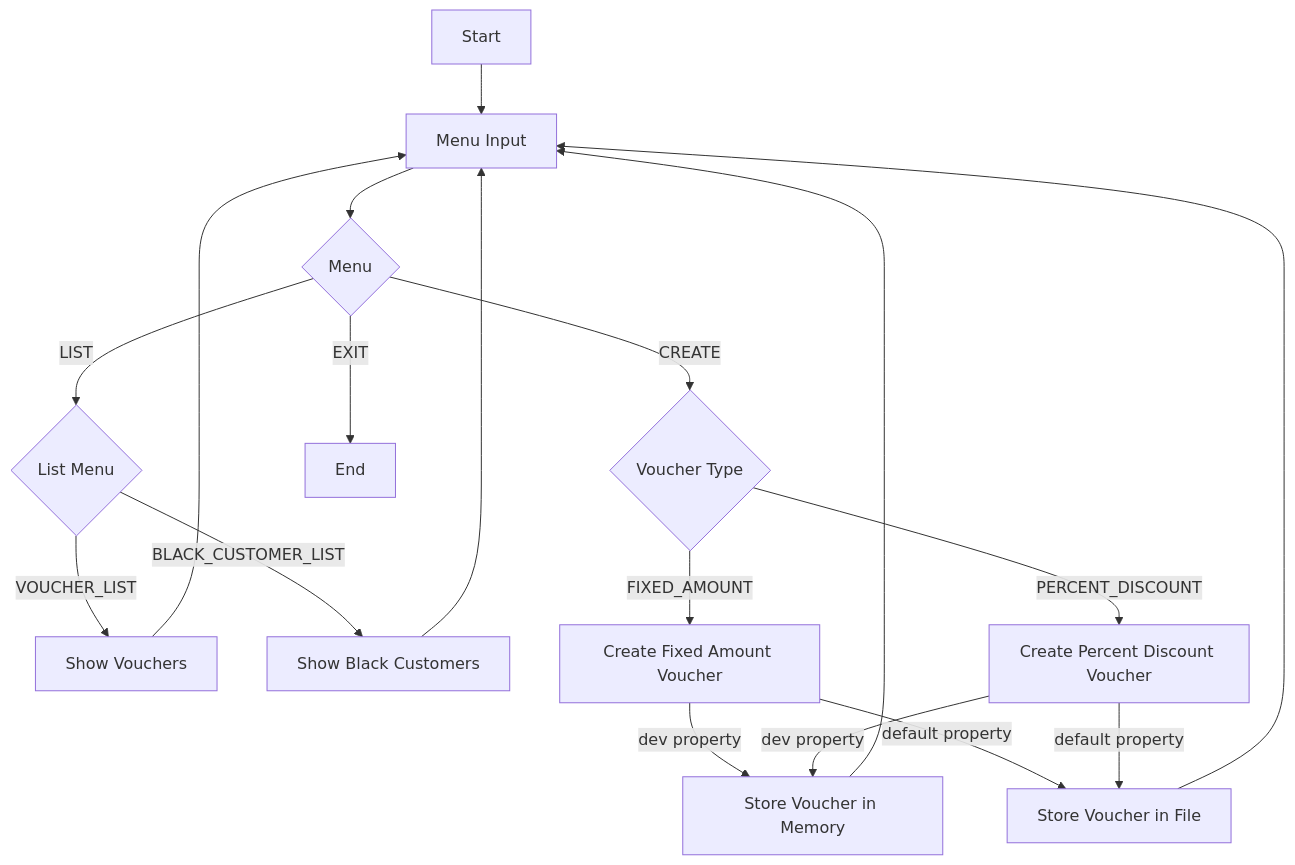
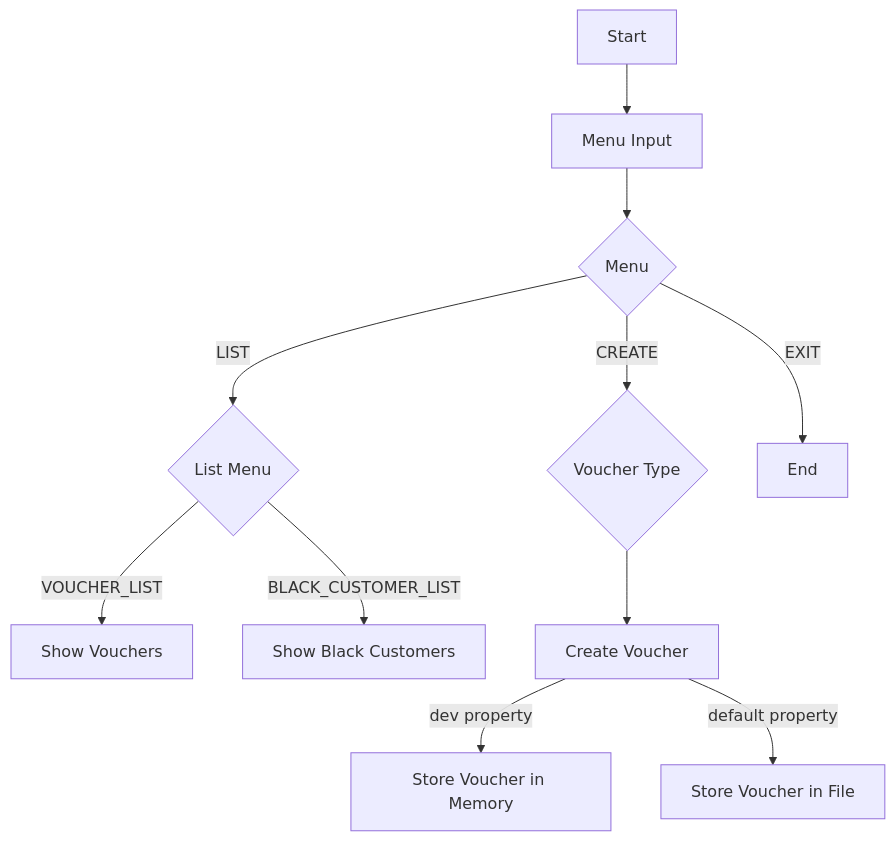
One commit to prgrms-be-devcourse/springboot-basic changed the diagram in flowchart.mermaid. Above: the diagram before and after it, drawn with Mermaid. The commit also changed 2 other files, not shown here.

```diff
--- a/flowchart.mermaid
+++ b/flowchart.mermaid
@@ -1,17 +1,10 @@
 flowchart TD
     startnode[Start] --> menu[Menu Input] --> menuBranch{Menu}
     menuBranch -- CREATE --> createBranch{Voucher Type}
     menuBranch -- LIST --> listBranch{List Menu}
     listBranch -- VOUCHER_LIST --> showVoucher[Show Vouchers]
     listBranch -- BLACK_CUSTOMER_LIST --> showBlack[Show Black Customers]
-    showVoucher --> menu
-    showBlack --> menu
-    createBranch -- FIXED_AMOUNT --> createFix[Create Fixed Amount Voucher]
-    createBranch -- PERCENT_DISCOUNT --> createPercent[Create Percent Discount Voucher]
-    createFix -- dev property --> mem[Store Voucher in Memory]
-    createPercent -- dev property --> mem
-    createFix -- default property --> file[Store Voucher in File]
-    createPercent -- default property --> file
+    createBranch --> CreateVoucher[Create Voucher]
+    CreateVoucher -- dev property --> mem[Store Voucher in Memory]
+    CreateVoucher -- default property --> file[Store Voucher in File]
     menuBranch -- EXIT --> endnode[End]
-    mem --> menu
-    file --> menu
```
